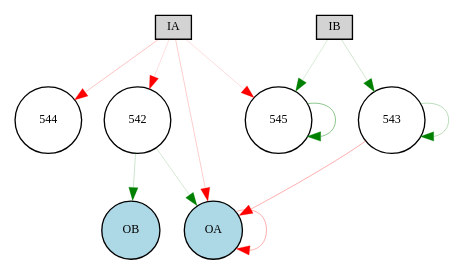
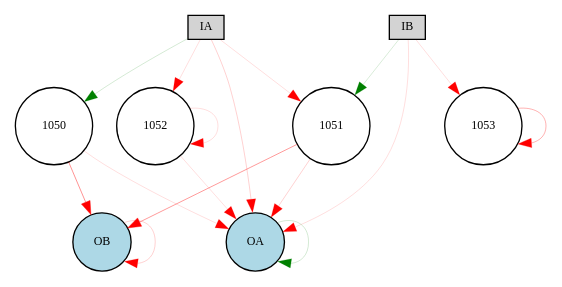
Before and after one commit to danxan/neuromorphic-evolution: the diagram in source/cont_exp/Digraph.gv, drawn with Graphviz. The commit also changed 6 other files, not shown here.

```diff
--- a/source/cont_exp/Digraph.gv
+++ b/source/cont_exp/Digraph.gv
@@ -1,21 +1,26 @@
 digraph {
 	node [fontsize=9 height=0.2 shape=circle width=0.2]
 	IA [fillcolor=lightgray shape=box style=filled]
 	IB [fillcolor=lightgray shape=box style=filled]
 	OA [fillcolor=lightblue style=filled]
 	OB [fillcolor=lightblue style=filled]
-	542 [fillcolor=white style=filled]
-	543 [fillcolor=white style=filled]
-	IA -> 542 [color=red penwidth=0.1 style=solid]
-	IA -> 544 [color=red penwidth=0.1810784852161496 style=solid]
-	IA -> 545 [color=red penwidth=0.1 style=solid]
-	IB -> 543 [color=green penwidth=0.13607224903850917 style=solid]
-	IB -> 545 [color=green penwidth=0.12154729647182189 style=solid]
-	542 -> OA [color=green penwidth=0.12830094701139522 style=solid]
-	542 -> OB [color=green penwidth=0.14890304147423383 style=solid]
-	543 -> OA [color=red penwidth=0.23932575654841998 style=solid]
-	IA -> OA [color=red penwidth=0.1490242618423221 style=solid]
-	OA -> OA [color=red penwidth=0.23663232963459582 style=solid]
-	543 -> 543 [color=green penwidth=0.1993606128291317 style=solid]
-	545 -> 545 [color=green penwidth=0.3407859630813904 style=solid]
+	1050 [fillcolor=white style=filled]
+	1051 [fillcolor=white style=filled]
+	1052 [fillcolor=white style=filled]
+	IA -> 1050 [color=green penwidth=0.12797372958792164 style=solid]
+	IA -> 1051 [color=red penwidth=0.1 style=solid]
+	IA -> 1052 [color=red penwidth=0.1 style=solid]
+	IB -> 1051 [color=green penwidth=0.12124386801075547 style=solid]
+	IB -> 1053 [color=red penwidth=0.1 style=solid]
+	1050 -> OA [color=red penwidth=0.1 style=solid]
+	1050 -> OB [color=red penwidth=0.3178438766115558 style=solid]
+	1051 -> OA [color=red penwidth=0.1424542189493298 style=solid]
+	1051 -> OB [color=red penwidth=0.3020344876162827 style=solid]
+	1052 -> OA [color=red penwidth=0.1 style=solid]
+	IA -> OA [color=red penwidth=0.14266608247440052 style=solid]
+	IB -> OA [color=red penwidth=0.1 style=solid]
+	OA -> OA [color=green penwidth=0.12888399438684323 style=solid]
+	OB -> OB [color=red penwidth=0.14180304862376908 style=solid]
+	1052 -> 1052 [color=red penwidth=0.1 style=solid]
+	1053 -> 1053 [color=red penwidth=0.2287179194345587 style=solid]
 }
```
